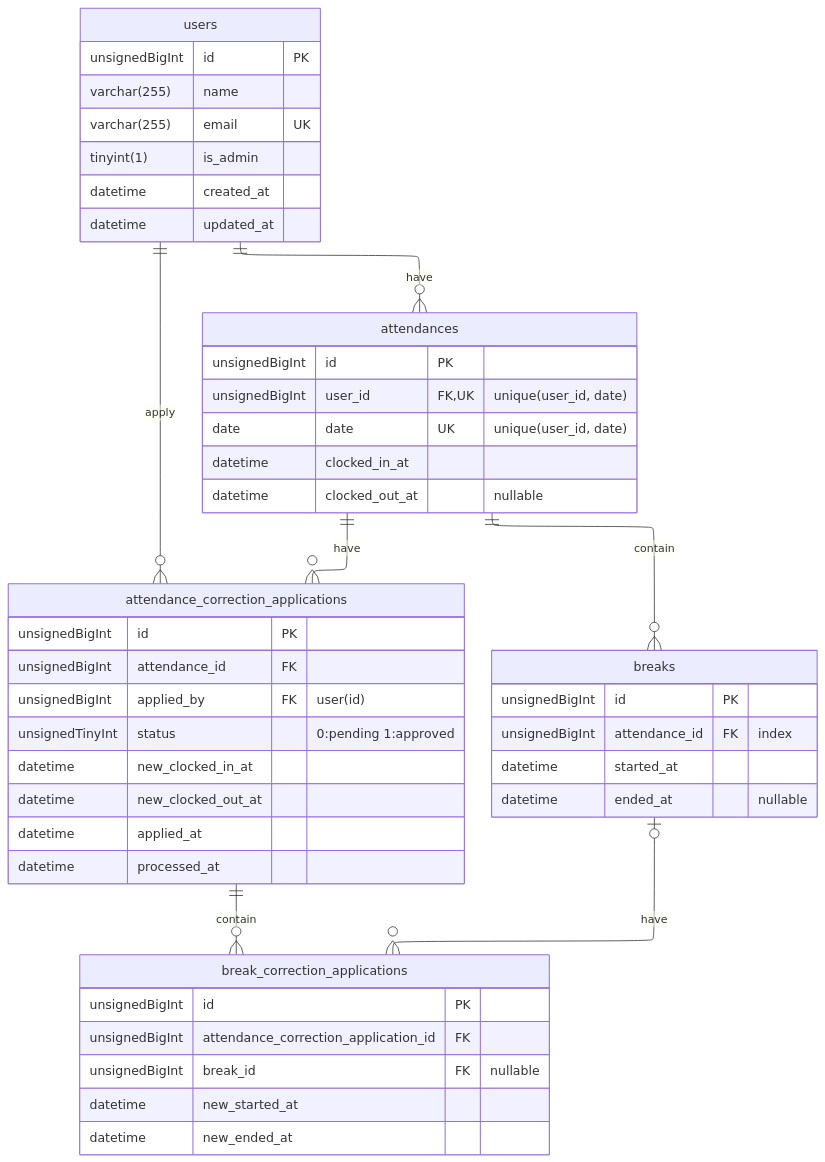
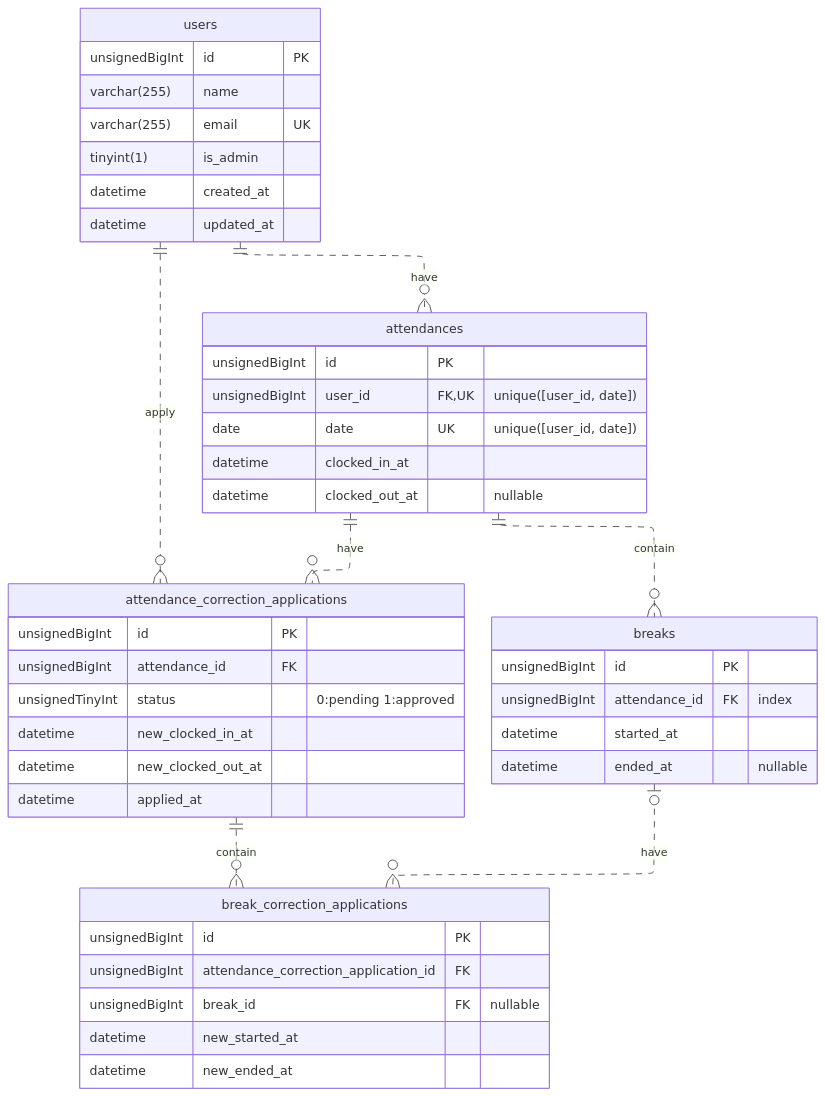
One commit to sangwon-lee302/time-and-attendance changed the diagram in README.md. Above: the diagram before and after it, drawn with Mermaid.

Commit message:
docs: fix er diagram #2 (#28)
* docs: improve ER diagram #2

- Remove unnecessary column "applied_by" and "processed_at" from attendance_correction_applications table.

closes #2

````diff
--- a/README.md
+++ b/README.md
@@ -17,56 +17,54 @@
 ```mermaid
 ---
 config:
     layout: elk
 ---
 erDiagram
-    users ||--o{ attendances: "have"
-    users ||--o{ attnd-corrections: "apply"
-    attendances ||--o{ breaks: "contain"
-    attendances ||--o{ attnd-corrections: "have"
-    attnd-corrections ||--o{ break-corrections: "contain"
-    breaks |o--o{ break-corrections: "have"
+    users ||..o{ attendances: "have"
+    users ||..o{ attnd-corrections: "apply"
+    attendances ||..o{ breaks: "contain"
+    attendances ||..o{ attnd-corrections: "have"
+    attnd-corrections ||..o{ break-corrections: "contain"
+    breaks |o..o{ break-corrections: "have"
 
     users {
         unsignedBigInt id PK
         varchar(255) name
         varchar(255) email UK
         tinyint(1) is_admin
         datetime created_at
         datetime updated_at
     }
 
     attendances {
         unsignedBigInt id PK
-        unsignedBigInt user_id FK, UK "unique(user_id, date)"
-        date date UK "unique(user_id, date)"
+        unsignedBigInt user_id FK, UK "unique([user_id, date])"
+        date date UK "unique([user_id, date])"
         datetime clocked_in_at
         datetime clocked_out_at "nullable"
     }
 
     breaks {
         unsignedBigInt id PK
         unsignedBigInt attendance_id FK "index"
         datetime started_at
         datetime ended_at "nullable"
     }
 
     attnd-corrections["attendance_correction_applications"] {
         unsignedBigInt id PK
         unsignedBigInt attendance_id FK
-        unsignedBigInt applied_by FK "user(id)"
         unsignedTinyInt status "0:pending 1:approved"
         datetime new_clocked_in_at
         datetime new_clocked_out_at
         datetime applied_at
-        datetime processed_at
     }
 
     break-corrections["break_correction_applications"] {
         unsignedBigInt id PK
         unsignedBigInt attendance_correction_application_id FK
         unsignedBigInt break_id FK "nullable"
         datetime new_started_at
         datetime new_ended_at
     }
 ```
````
